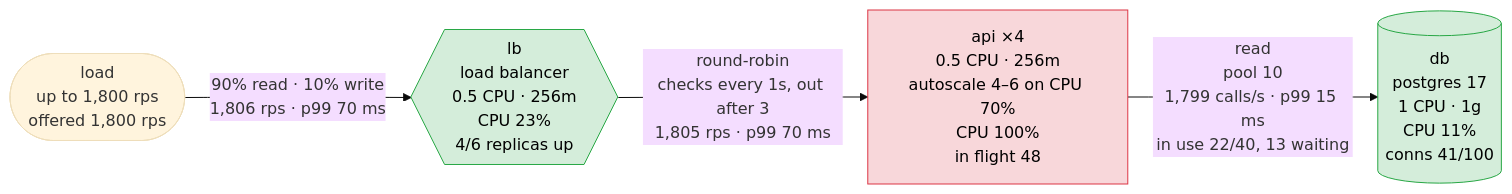
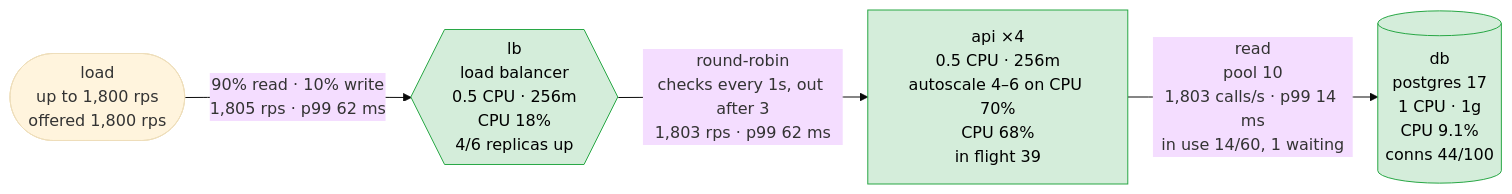
Before and after one commit to akinfemi/load-lore: the first of 5 diagrams in scenarios/featured-on-hacker-news/solutions/headroom/report.md, drawn with Mermaid (base theme). The commit also changed other lines of this file and 49 other files, not shown here.

````diff
--- a/scenarios/featured-on-hacker-news/solutions/headroom/report.md
+++ b/scenarios/featured-on-hacker-news/solutions/headroom/report.md
@@ -15,15 +17,14 @@
 ```mermaid
 flowchart LR
     load(["load<br/>up to 1,800 rps<br/>offered 1,800 rps"])
-    lb{{"lb<br/>load balancer<br/>0.5 CPU · 256m<br/>CPU 23%<br/>4/6 replicas up"}}
-    api["api ×4<br/>0.5 CPU · 256m<br/>autoscale 4–6 on CPU 70%<br/>CPU 100%<br/>in flight 48"]
-    db[("db<br/>postgres 17<br/>1 CPU · 1g<br/>CPU 11%<br/>conns 41/100")]
-    load -->|"90% read · 10% write<br/>1,806 rps · p99 70 ms"| lb
-    lb -->|"round-robin<br/>checks every 1s, out after 3<br/>1,805 rps · p99 70 ms"| api
-    api -->|"read<br/>pool 10<br/>1,799 calls/s · p99 15 ms<br/>in use 22/40, 13 waiting"| db
+    lb{{"lb<br/>load balancer<br/>0.5 CPU · 256m<br/>CPU 18%<br/>4/6 replicas up"}}
+    api["api ×4<br/>0.5 CPU · 256m<br/>autoscale 4–6 on CPU 70%<br/>CPU 68%<br/>in flight 39"]
+    db[("db<br/>postgres 17<br/>1 CPU · 1g<br/>CPU 9.1%<br/>conns 44/100")]
+    load -->|"90% read · 10% write<br/>1,805 rps · p99 62 ms"| lb
+    lb -->|"round-robin<br/>checks every 1s, out after 3<br/>1,803 rps · p99 62 ms"| api
+    api -->|"read<br/>pool 10<br/>1,803 calls/s · p99 14 ms<br/>in use 14/60, 1 waiting"| db
     classDef ok fill:#d4edda,stroke:#28a745,color:#000
     classDef warm fill:#fff3cd,stroke:#d39e00,color:#000
     classDef hot fill:#f8d7da,stroke:#dc3545,color:#000
-    class lb,db ok
-    class api hot
+    class lb,api,db ok
 ```
````
